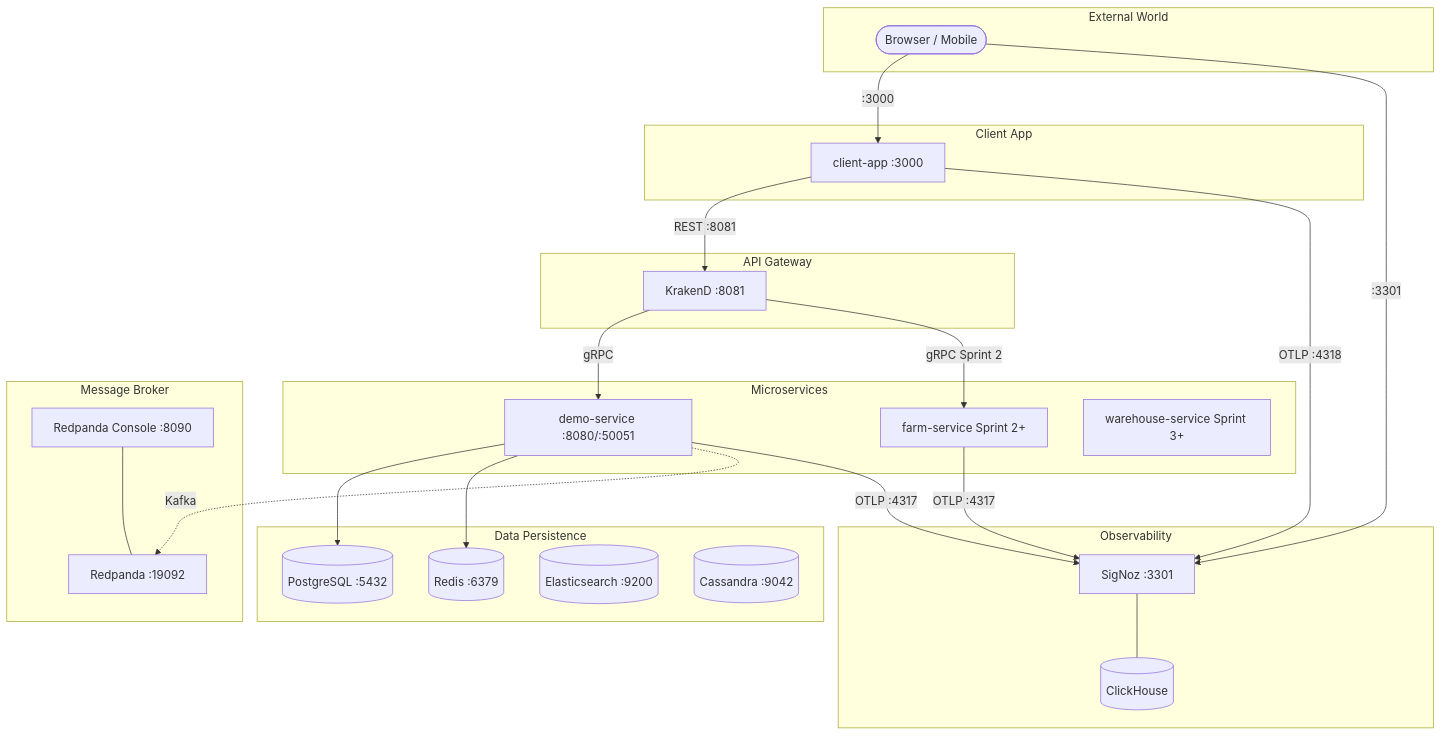
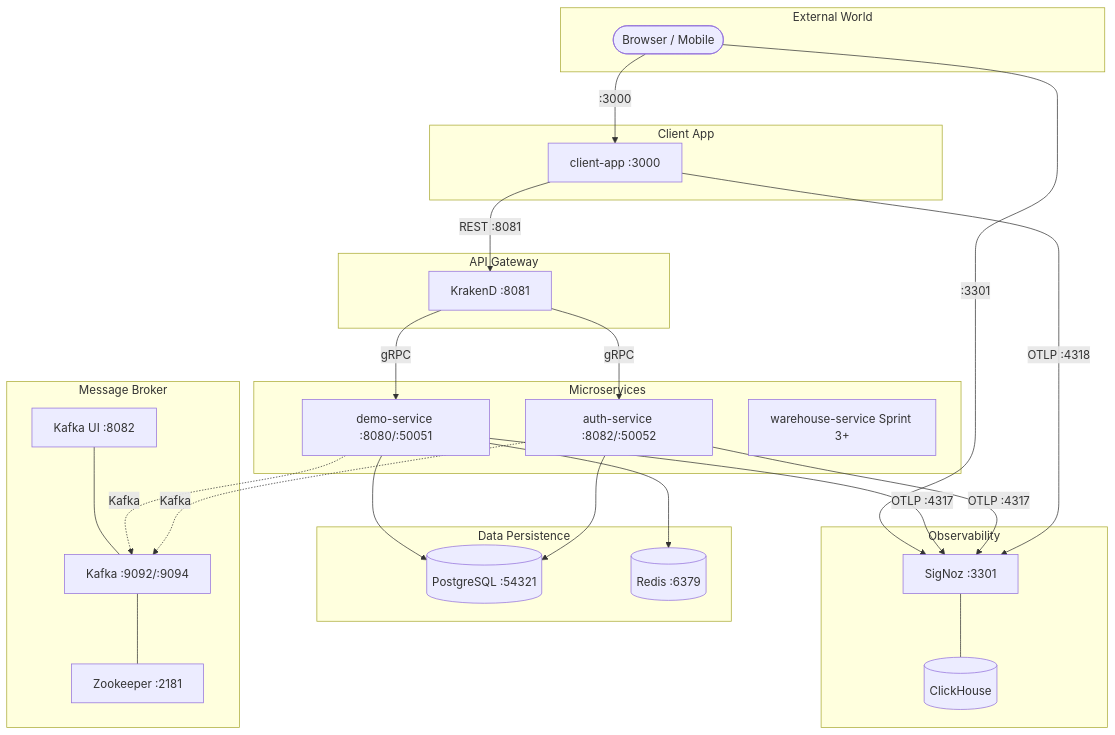
One commit to dungxbuif/RuntimeRoasters changed the diagram in docs/architecture/01_system_blueprint.md. Above: the diagram before and after it, drawn with Mermaid. The commit also changed other lines of this file and 35 other files, not shown here.

Commit message:
feat: [RR-12] implement centralized RBAC system with Casbin-based auth-service, gRPC transport, and middleware support.

````diff
--- a/docs/architecture/01_system_blueprint.md
+++ b/docs/architecture/01_system_blueprint.md
@@ -38,51 +38,53 @@
 ```mermaid
 graph TB
     subgraph "External World"
         Browser([Browser / Mobile])
     end
 
     subgraph "Client App"
         CA[client-app :3000]
     end
 
     subgraph "Observability"
         SZ[SigNoz :3301]
         CH[(ClickHouse)]
         SZ --- CH
     end
 
     subgraph "API Gateway"
         GW[KrakenD :8081]
     end
 
     subgraph "Microservices"
         DS[demo-service :8080/:50051]
-        FS[farm-service Sprint 2+]
+        AS[auth-service :8082/:50052]
         WS[warehouse-service Sprint 3+]
     end
 
     subgraph "Data Persistence"
-        PG[(PostgreSQL :5432)]
+        PG[(PostgreSQL :54321)]
         RD[(Redis :6379)]
-        ES[(Elasticsearch :9200)]
-        CS[(Cassandra :9042)]
     end
 
     subgraph "Message Broker"
-        RP[Redpanda :19092]
-        RPC[Redpanda Console :8090]
-        RPC --- RP
+        KF[Kafka :9092/:9094]
+        ZK[Zookeeper :2181]
+        KUI[Kafka UI :8082]
+        KUI --- KF
+        KF --- ZK
     end
 
     Browser -->|:3000| CA
     Browser -->|:3301| SZ
     CA -->|REST :8081| GW
     GW -->|gRPC| DS
-    GW -->|gRPC Sprint 2| FS
+    GW -->|gRPC| AS
     DS --> PG
     DS --> RD
-    DS -.->|Kafka| RP
+    AS --> PG
+    DS -.->|Kafka| KF
+    AS -.->|Kafka| KF
     DS -->|OTLP :4317| SZ
-    FS -->|OTLP :4317| SZ
+    AS -->|OTLP :4317| SZ
     CA -->|OTLP :4318| SZ
 ```
````
